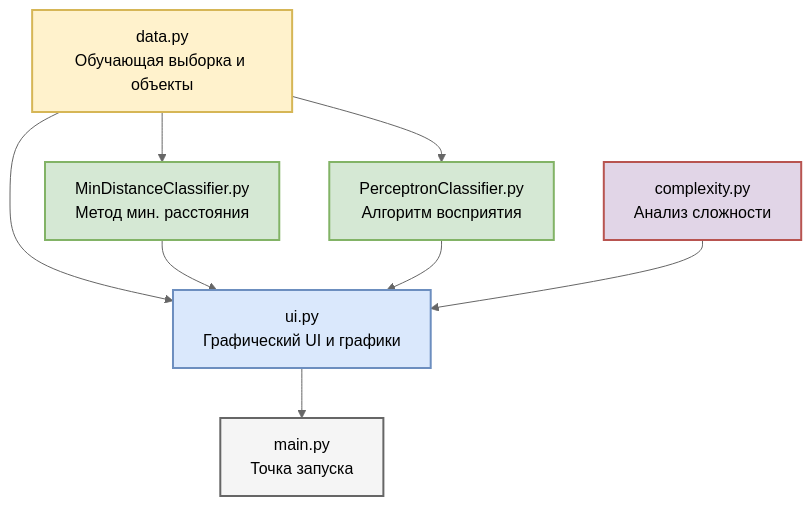
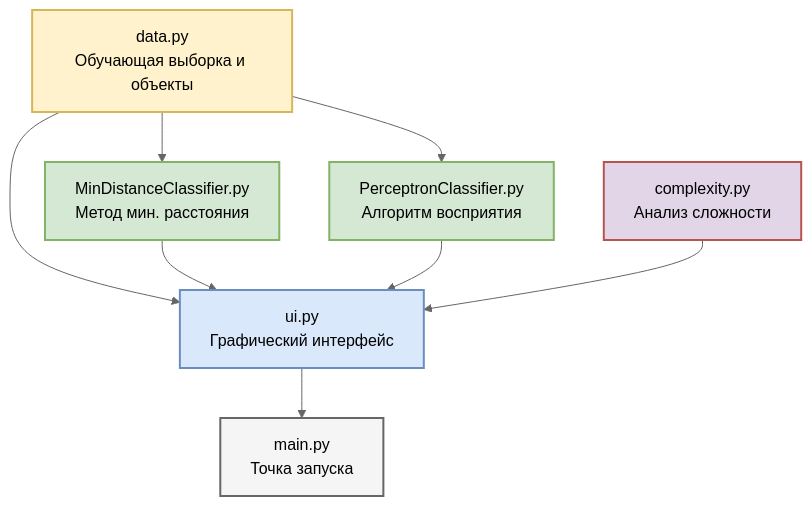
One commit to mxrtynov/CarRecognition changed the diagram in README.md. Above: the diagram before and after it, drawn with Mermaid (neutral theme).

````diff
--- a/README.md
+++ b/README.md
@@ -28,19 +28,19 @@
 ```mermaid
 graph TD
     Data[data.py<br>Обучающая выборка и объекты] --> MD[MinDistanceClassifier.py<br>Метод мин. расстояния]
     Data --> PC[PerceptronClassifier.py<br>Алгоритм восприятия]
-    Data --> UI[ui.py<br>Графический UI и графики]
+    Data --> UI[ui.py<br>Графический интерфейс]
     
     MD --> UI
     PC --> UI
     
     Complexity[complexity.py<br>Анализ сложности] --> UI
     UI --> Main[main.py<br>Точка запуска]
 
     style Data fill:#fff2cc,stroke:#d6b656,stroke-width:2px
     style MD fill:#d5e8d4,stroke:#82b366,stroke-width:2px
     style PC fill:#d5e8d4,stroke:#82b366,stroke-width:2px
     style UI fill:#dae8fc,stroke:#6c8ebf,stroke-width:2px
     style Complexity fill:#e1d5e7,stroke:#b85450,stroke-width:2px
     style Main fill:#f5f5f5,stroke:#666666,stroke-width:2px
 ```
````
